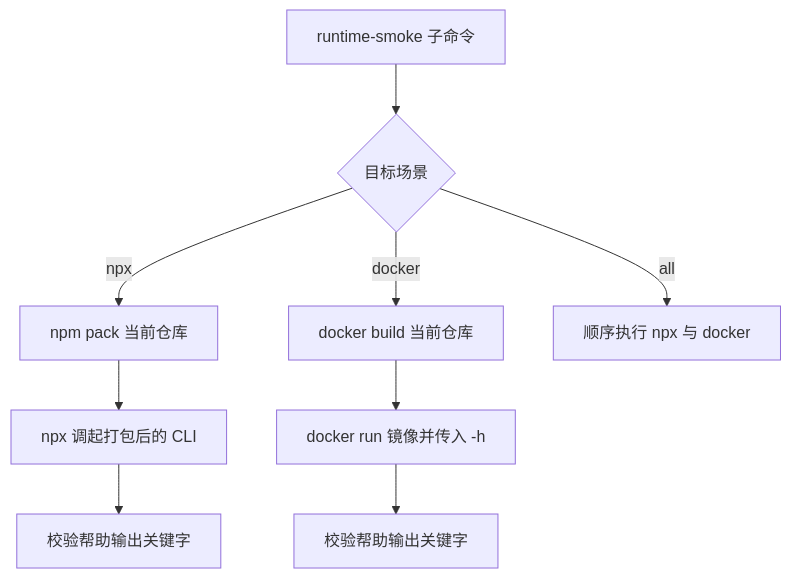
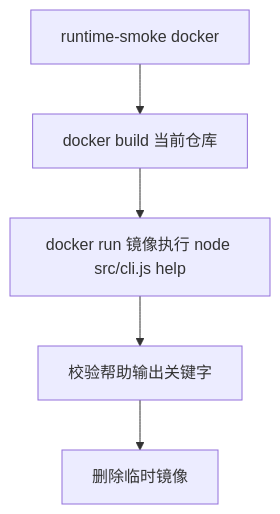
One commit to lonemoonspace/Weread-Assistant changed the diagram in docs/runtime-smoke.md. Above: the diagram before and after it, drawn with Mermaid. The commit also changed other lines of this file and 10 other files, not shown here.

````diff
--- a/docs/runtime-smoke.md
+++ b/docs/runtime-smoke.md
@@ -13,11 +11,7 @@
 ```mermaid
 flowchart TD
-  A[runtime-smoke 子命令] --> B{目标场景}
-  B -->|npx| C[npm pack 当前仓库]
-  C --> D[npx 调起打包后的 CLI]
-  D --> E[校验帮助输出关键字]
-  B -->|docker| F[docker build 当前仓库]
-  F --> G[docker run 镜像并传入 -h]
-  G --> H[校验帮助输出关键字]
-  B -->|all| I[顺序执行 npx 与 docker]
+  A[runtime-smoke docker] --> B[docker build 当前仓库]
+  B --> C[docker run 镜像执行 node src/cli.js help]
+  C --> D[校验帮助输出关键字]
+  D --> E[删除临时镜像]
 ```
````
